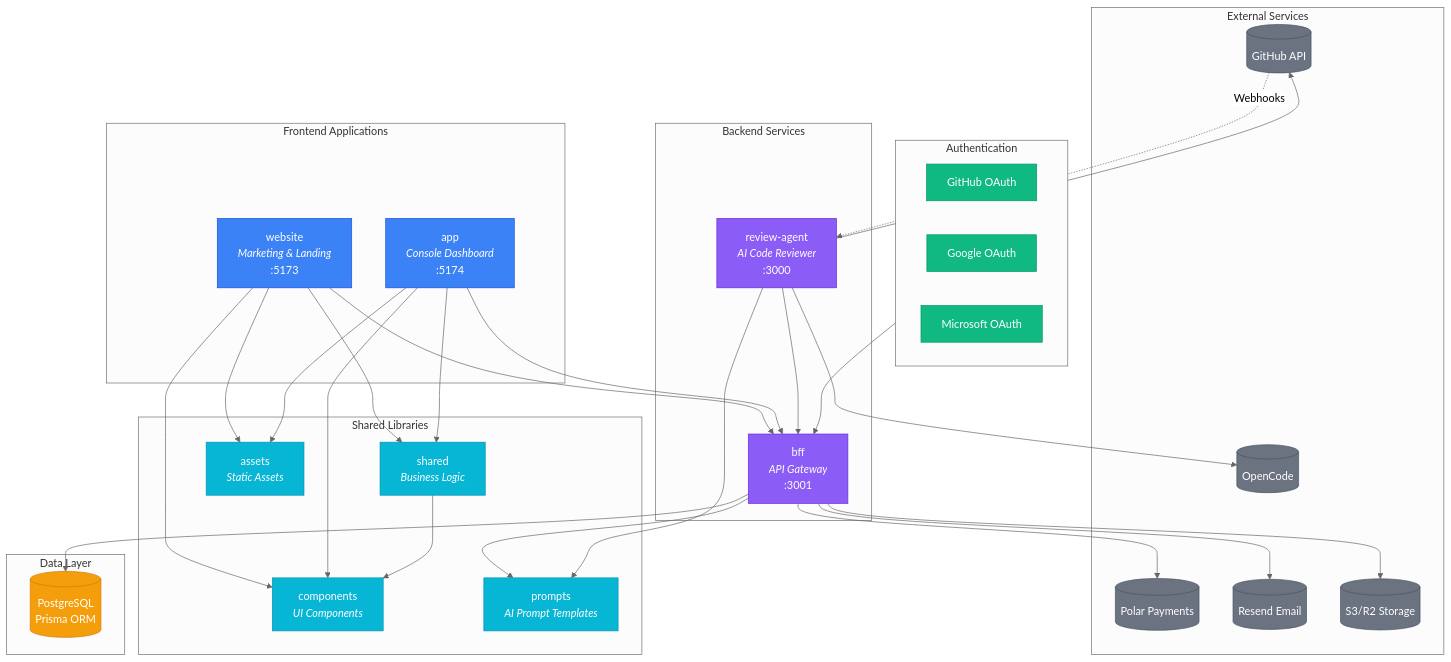
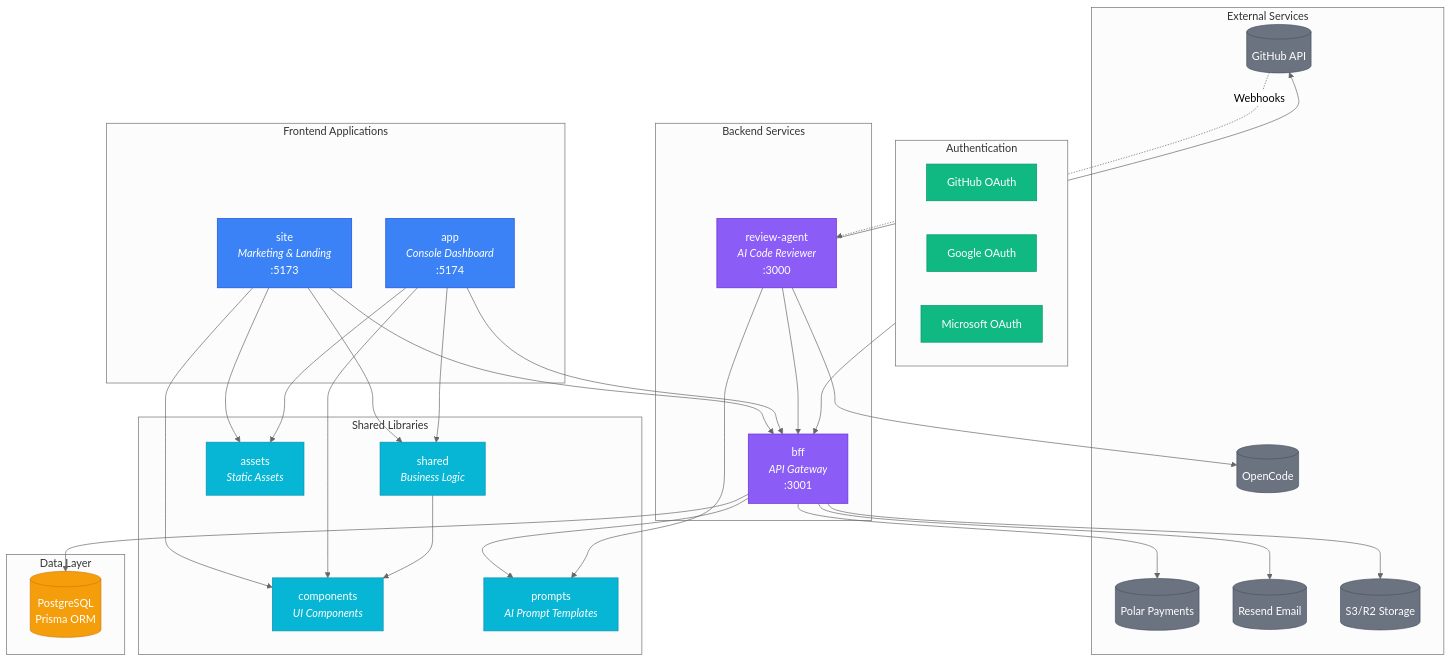
One commit to antiptrn/opendiff changed the first of 4 diagrams in ARCHITECTURE.md. Above: the diagram before and after it, drawn with Mermaid (neutral theme). The commit also changed other lines of this file and 369 other files, not shown here.

````diff
--- a/ARCHITECTURE.md
+++ b/ARCHITECTURE.md
@@ -5,82 +5,82 @@
 ```mermaid
 flowchart TB
     subgraph External["External Services"]
         GH[("GitHub API")]
         OpenCode[("OpenCode")]
         Polar[("Polar Payments")]
         Resend[("Resend Email")]
         S3[("S3/R2 Storage")]
     end
 
     subgraph Auth["Authentication"]
         GitHub["GitHub OAuth"]
         Google["Google OAuth"]
         Microsoft["Microsoft OAuth"]
     end
 
     subgraph Frontend["Frontend Applications"]
-        Website["website<br/><i>Marketing & Landing</i><br/>:5173"]
+        Website["site<br/><i>Marketing & Landing</i><br/>:5173"]
         App["app<br/><i>Console Dashboard</i><br/>:5174"]
     end
 
     subgraph Backend["Backend Services"]
         BFF["bff<br/><i>API Gateway</i><br/>:3001"]
         Agent["review-agent<br/><i>AI Code Reviewer</i><br/>:3000"]
     end
 
     subgraph SharedLibs["Shared Libraries"]
         Components["components<br/><i>UI Components</i>"]
         Shared["shared<br/><i>Business Logic</i>"]
         Prompts["prompts<br/><i>AI Prompt Templates</i>"]
         Assets["assets<br/><i>Static Assets</i>"]
     end
 
     subgraph Data["Data Layer"]
         DB[("PostgreSQL<br/>Prisma ORM")]
     end
 
     %% Frontend dependencies
     Website --> Components
     Website --> Shared
     Website --> Assets
     App --> Components
     App --> Shared
     App --> Assets
     Shared --> Components
 
     %% Frontend to Backend
     Website --> BFF
     App --> BFF
 
     %% Backend connections
     BFF --> DB
     BFF --> S3
     BFF --> Resend
     BFF --> Polar
     BFF --> Prompts
     Agent --> BFF
     Agent --> OpenCode
     Agent --> GH
     Agent --> Prompts
 
     %% Auth flow
     Auth --> BFF
 
     %% GitHub webhook
     GH -.->|Webhooks| Agent
 
     %% Styling
     classDef frontend fill:#3b82f6,stroke:#1d4ed8,color:#fff
     classDef backend fill:#8b5cf6,stroke:#6d28d9,color:#fff
     classDef shared fill:#06b6d4,stroke:#0891b2,color:#fff
     classDef external fill:#6b7280,stroke:#4b5563,color:#fff
     classDef data fill:#f59e0b,stroke:#d97706,color:#fff
     classDef auth fill:#10b981,stroke:#059669,color:#fff
 
     class Website,App frontend
     class BFF,Agent backend
     class Components,Shared,Prompts,Assets shared
     class GH,OpenCode,Polar,Resend,S3 external
     class DB data
     class GitHub,Google,Microsoft auth
 ```
````
